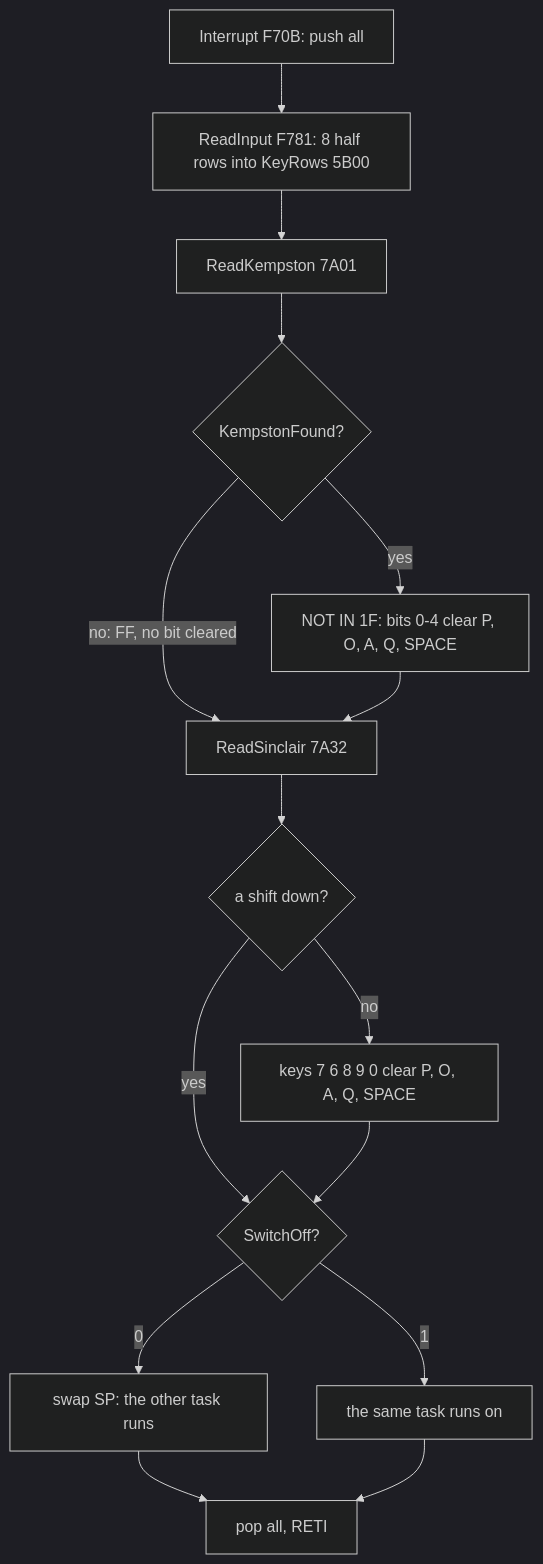
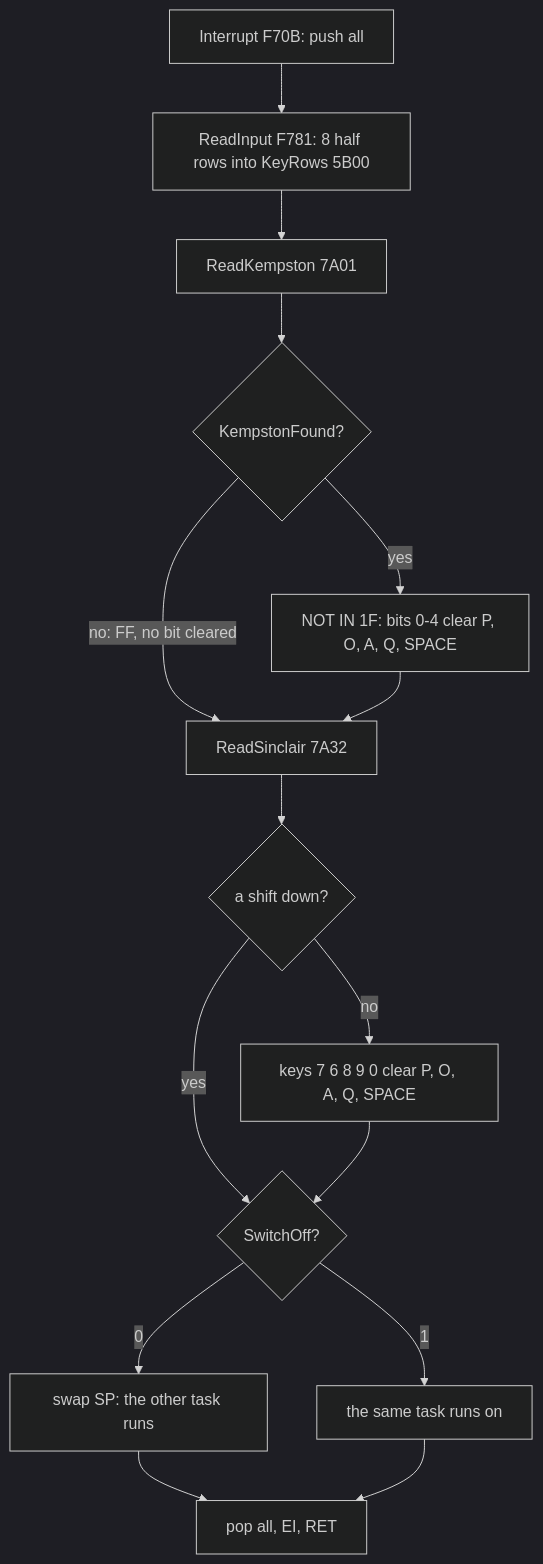
Before and after one commit to alfishe/unrealng-reverse-cases: the first of 11 diagrams in games/simcity/docs/05-controls.md, drawn with Mermaid (dark theme). The commit also changed other lines of this file and 40 other files, not shown here.

````diff
--- a/games/simcity/docs/05-controls.md
+++ b/games/simcity/docs/05-controls.md
@@ -112,17 +113,17 @@
 ```mermaid
 flowchart TD
     I["Interrupt F70B: push all"] --> R["ReadInput F781: 8 half rows into KeyRows 5B00"]
     R --> K["ReadKempston 7A01"]
     K --> F{"KempstonFound?"}
     F -- "no: FF, no bit cleared" --> S
     F -- "yes" --> KB["NOT IN 1F: bits 0-4 clear P, O, A, Q, SPACE"]
     KB --> S["ReadSinclair 7A32"]
     S --> SH{"a shift down?"}
     SH -- "yes" --> W
     SH -- "no" --> SB["keys 7 6 8 9 0 clear P, O, A, Q, SPACE"]
     SB --> W{"SwitchOff?"}
     W -- "0" --> SW["swap SP: the other task runs"]
     W -- "1" --> RT["the same task runs on"]
-    SW --> X["pop all, RETI"]
+    SW --> X["pop all, EI, RET"]
     RT --> X
 ```
````
